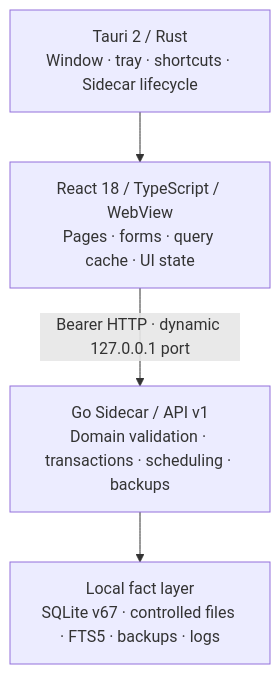
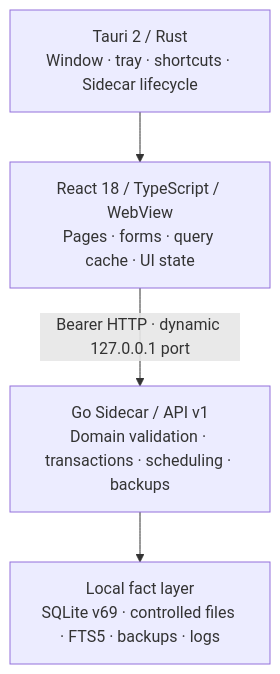
One commit to DingxinTao0417/opc-workspace changed the diagram in README.en.md. Above: the diagram before and after it, drawn with Mermaid. The commit also changed other lines of this file and 155 other files, not shown here.

First line of the commit message:
fix(ai): harden assistant reliability and confirmation flows

````diff
--- a/README.en.md
+++ b/README.en.md
@@ -127,11 +128,11 @@
 ```mermaid
 flowchart TB
     Desktop["Tauri 2 / Rust<br/>Window · tray · shortcuts · Sidecar lifecycle"]
     Web["React 18 / TypeScript / WebView<br/>Pages · forms · query cache · UI state"]
     API["Go Sidecar / API v1<br/>Domain validation · transactions · scheduling · backups"]
-    Data["Local fact layer<br/>SQLite v67 · controlled files · FTS5 · backups · logs"]
+    Data["Local fact layer<br/>SQLite v69 · controlled files · FTS5 · backups · logs"]
 
     Desktop --> Web
     Web -->|"Bearer HTTP · dynamic 127.0.0.1 port"| API
     API --> Data
 ```
````
